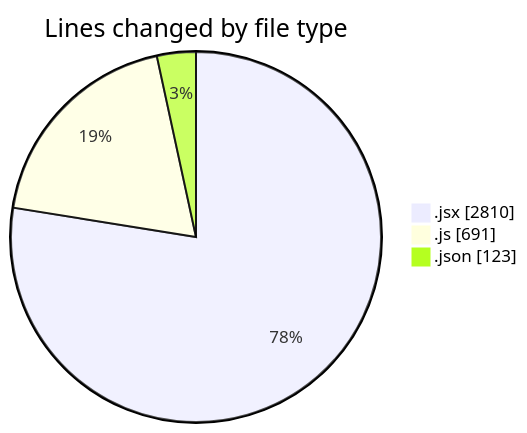
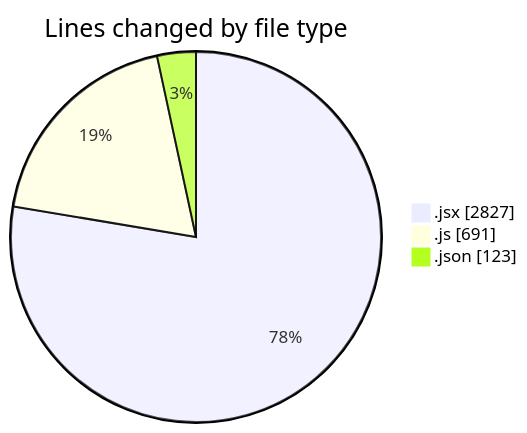
One commit to nxtqubesakshisongat/code-tracking changed the first of 2 diagrams in 2025-12-28/nxtqube_webapp/README.md. Above: the diagram before and after it, drawn with Mermaid. The commit also changed other lines of this file and 1 other file, not shown here.

````diff
--- a/2025-12-28/nxtqube_webapp/README.md
+++ b/2025-12-28/nxtqube_webapp/README.md
@@ -25,7 +25,7 @@
 ```mermaid
 pie showData
 title Lines changed by file type
-".jsx" : 2810
+".jsx" : 2827
 ".js" : 691
 ".json" : 123
 ```
````
